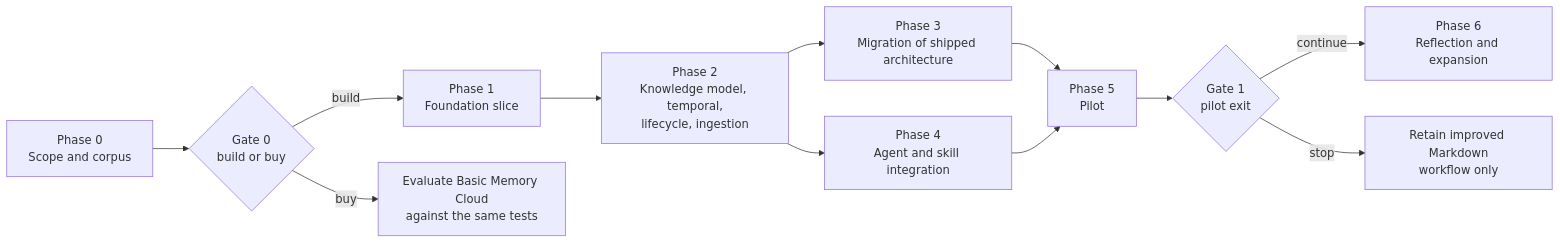
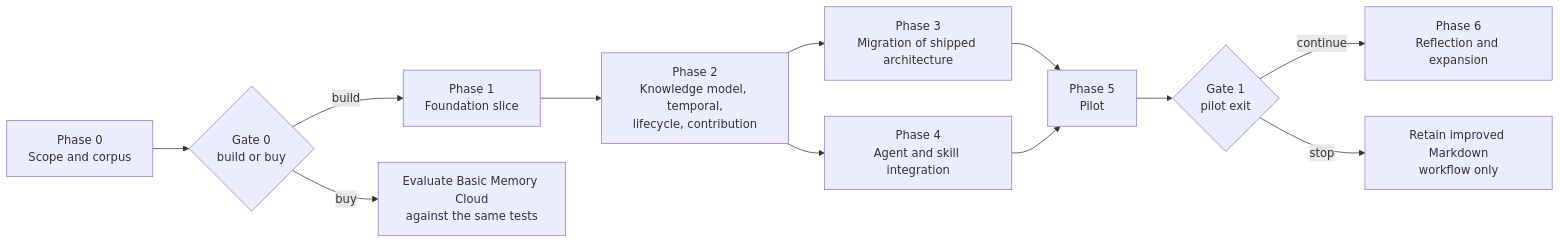
The diagram in docs/planning/04-implementation-plan.md (rztaylor/Froodbase), drawn with Mermaid before and after one commit. The commit also changed other lines of this file and 14 other files, not shown here.

````diff
--- a/docs/planning/04-implementation-plan.md
+++ b/docs/planning/04-implementation-plan.md
@@ -19,14 +19,14 @@
 ```mermaid
 flowchart LR
     P0["Phase 0<br/>Scope and corpus"] --> G0{"Gate 0<br/>build or buy"}
     G0 -- build --> P1["Phase 1<br/>Foundation slice"]
     G0 -- buy --> ALT["Evaluate Basic Memory Cloud<br/>against the same tests"]
-    P1 --> P2["Phase 2<br/>Knowledge model, temporal,<br/>lifecycle, ingestion"]
+    P1 --> P2["Phase 2<br/>Knowledge model, temporal,<br/>lifecycle, contribution"]
     P2 --> P3["Phase 3<br/>Migration of shipped architecture"]
     P2 --> P4["Phase 4<br/>Agent and skill integration"]
     P3 --> P5["Phase 5<br/>Pilot"]
     P4 --> P5
     P5 --> G1{"Gate 1<br/>pilot exit"}
     G1 -- continue --> P6["Phase 6<br/>Reflection and expansion"]
     G1 -- stop --> FB["Retain improved Markdown<br/>workflow only"]
 ```
````
